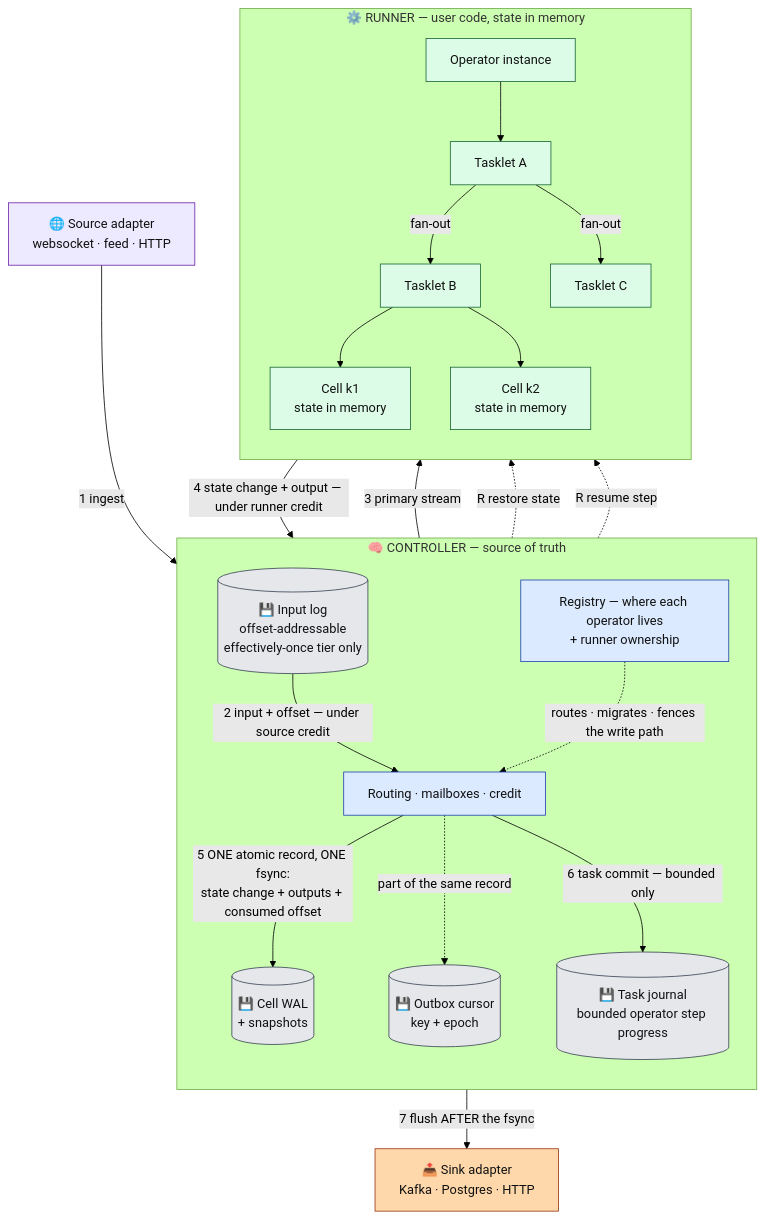
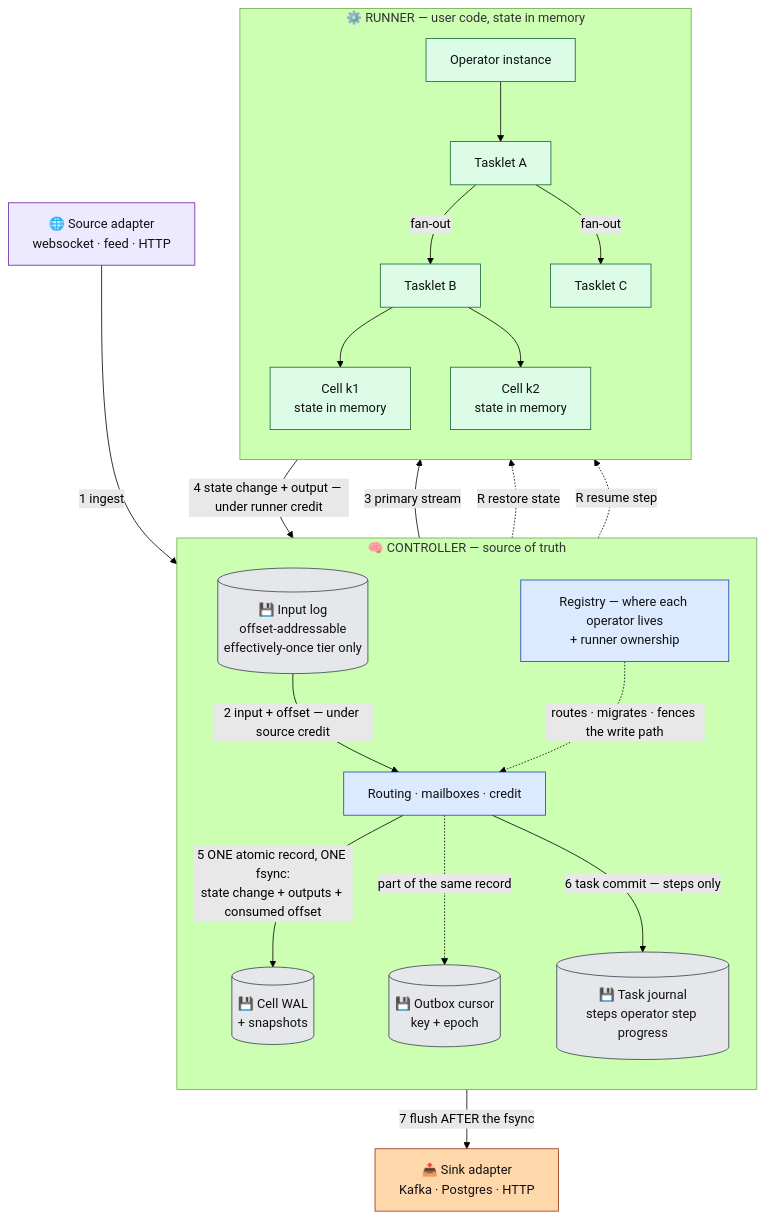
Before and after one commit to Flezha/flezha: the fourth of 9 diagrams in docs/architecture/README.md, drawn with Mermaid (forest theme). The commit also changed other lines of this file and 476 other files, not shown here.

````diff
--- a/docs/architecture/README.md
+++ b/docs/architecture/README.md
@@ -177,48 +177,48 @@
 ```mermaid
 flowchart TB
     SRC["🌐 Source adapter<br/>websocket · feed · HTTP"]:::src
     SINK["📤 Sink adapter<br/>Kafka · Postgres · HTTP"]:::sink
 
     subgraph CTRL["🧠 CONTROLLER — source of truth"]
         direction TB
         INLOG[("💾 Input log<br/>offset-addressable<br/>effectively-once tier only")]:::store
         ROUTE["Routing · mailboxes · credit"]:::ctrl
         WAL[("💾 Cell WAL<br/>+ snapshots")]:::store
-        JRN[("💾 Task journal<br/>bounded operator step progress")]:::store
+        JRN[("💾 Task journal<br/>steps operator step progress")]:::store
         OBX[("💾 Outbox cursor<br/>key + epoch")]:::store
         REG["Registry — where each operator lives<br/>+ runner ownership"]:::ctrl
     end
 
     subgraph EXEC["⚙️ RUNNER — user code, state in memory"]
         direction TB
         OPV["Operator instance"]:::exec
         OPA["Tasklet A"]:::exec
         OPB["Tasklet B"]:::exec
         OPC["Tasklet C"]:::exec
         SB1["Cell k1<br/>state in memory"]:::exec
         SB2["Cell k2<br/>state in memory"]:::exec
         OPV --> OPA
         OPA -->|"fan-out"| OPB
         OPA -->|"fan-out"| OPC
         OPB --> SB1
         OPB --> SB2
     end
 
     SRC -->|"1 ingest"| INLOG
     INLOG -->|"2 input + offset — under source credit"| ROUTE
     ROUTE -->|"3 primary stream"| OPV
     OPV -->|"4 state change + output — under runner credit"| ROUTE
     ROUTE -->|"5 ONE atomic record, ONE fsync:<br/>state change + outputs + consumed offset"| WAL
     ROUTE -.->|"part of the same record"| OBX
-    ROUTE -->|"6 task commit — bounded only"| JRN
+    ROUTE -->|"6 task commit — steps only"| JRN
     OBX -->|"7 flush AFTER the fsync"| SINK
     WAL -.->|"R restore state"| OPV
     JRN -.->|"R resume step"| OPV
     REG -.->|"routes · migrates · fences the write path"| ROUTE
 
     classDef ctrl fill:#dbeafe,stroke:#1e40af,color:#111
     classDef exec fill:#dcfce7,stroke:#166534,color:#111
     classDef sink fill:#fed7aa,stroke:#9a3412,color:#111
     classDef src fill:#ede9fe,stroke:#6b21a8,color:#111
     classDef store fill:#e5e7eb,stroke:#374151,color:#111
 ```
````
